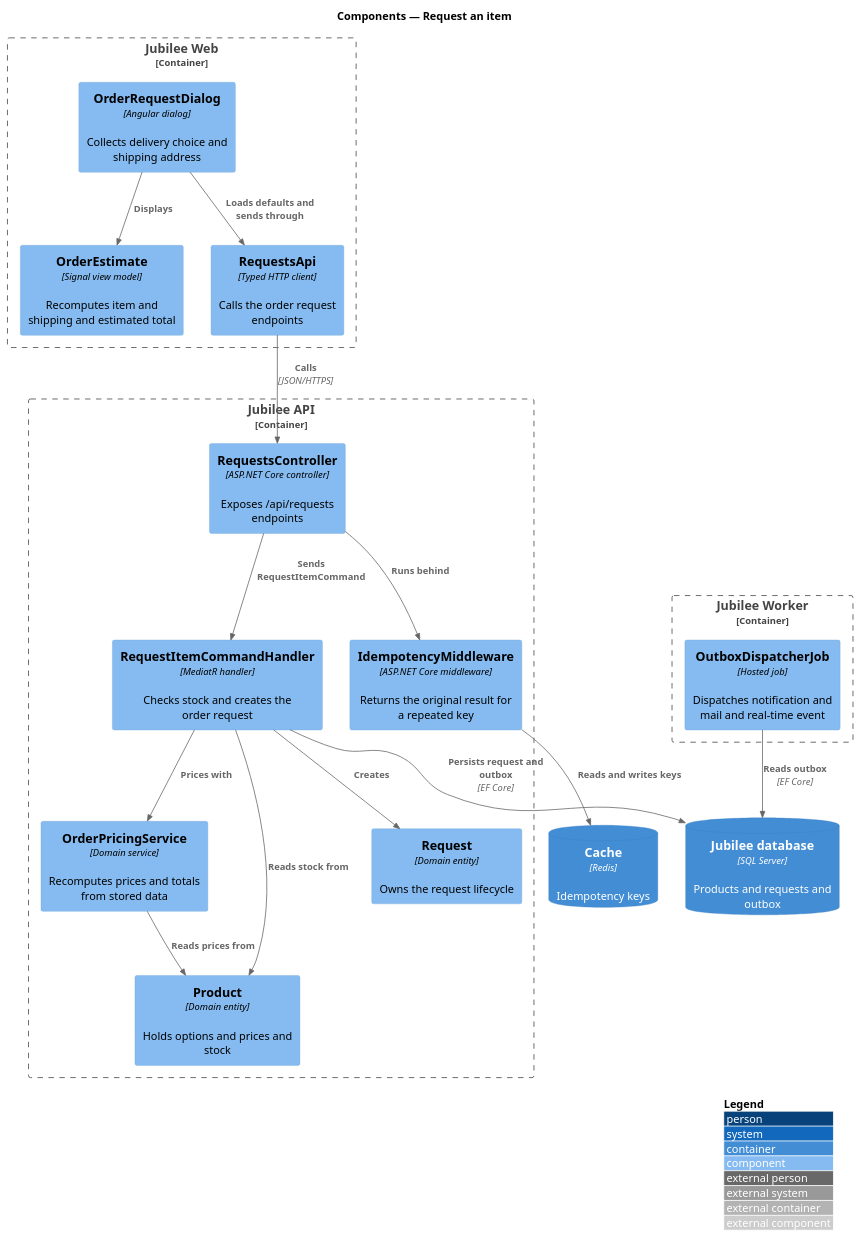
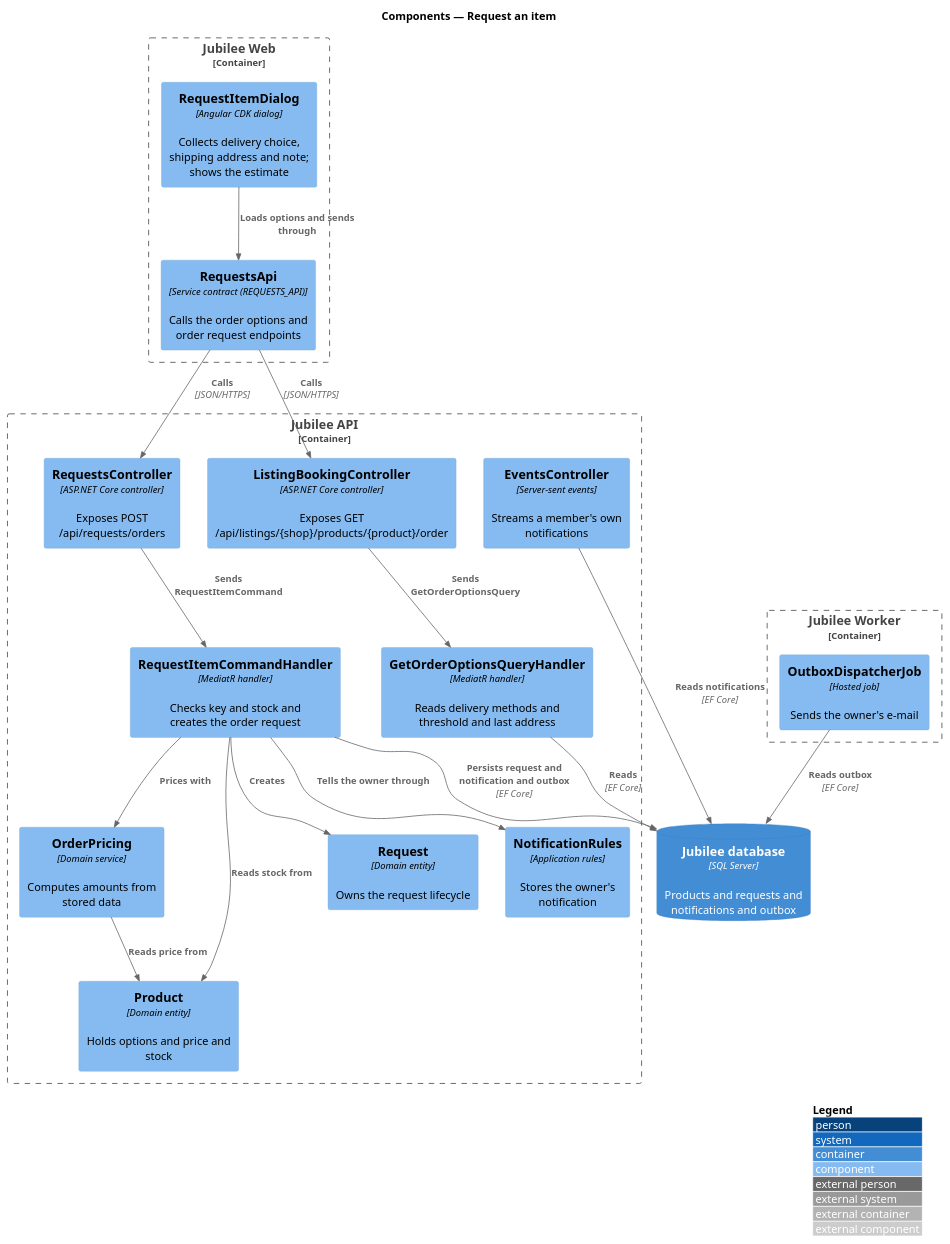
The diagram in docs/detailed-designs/requests/request-item/diagrams/c4-component.puml (QuinntyneBrown/jubilee), drawn with PlantUML before and after one commit. The commit also changed 12 other files, not shown here.

First line of the commit message:
Request a product: say who is told when an order is sent (L2-046 AC8) and bring the design in line with the code

```diff
--- a/docs/detailed-designs/requests/request-item/diagrams/c4-component.puml
+++ b/docs/detailed-designs/requests/request-item/diagrams/c4-component.puml
@@ -1,37 +1,40 @@
 @startuml
 !include <C4/C4_Component>
 LAYOUT_WITH_LEGEND()
 title Components — Request an item
 
 Container_Boundary(web, "Jubilee Web") {
-  Component(dialog, "OrderRequestDialog", "Angular dialog", "Collects delivery choice and shipping address")
-  Component(est, "OrderEstimate", "Signal view model", "Recomputes item and shipping and estimated total")
-  Component(client, "RequestsApi", "Typed HTTP client", "Calls the order request endpoints")
+  Component(dialog, "RequestItemDialog", "Angular CDK dialog", "Collects delivery choice, shipping address and note; shows the estimate")
+  Component(client, "RequestsApi", "Service contract (REQUESTS_API)", "Calls the order options and order request endpoints")
 }
 Container_Boundary(api, "Jubilee API") {
-  Component(ctrl, "RequestsController", "ASP.NET Core controller", "Exposes /api/requests endpoints")
-  Component(idem, "IdempotencyMiddleware", "ASP.NET Core middleware", "Returns the original result for a repeated key")
-  Component(handler, "RequestItemCommandHandler", "MediatR handler", "Checks stock and creates the order request")
-  Component(pricing, "OrderPricingService", "Domain service", "Recomputes prices and totals from stored data")
-  Component(product, "Product", "Domain entity", "Holds options and prices and stock")
+  Component(options, "ListingBookingController", "ASP.NET Core controller", "Exposes GET /api/listings/{shop}/products/{product}/order")
+  Component(ctrl, "RequestsController", "ASP.NET Core controller", "Exposes POST /api/requests/orders")
+  Component(query, "GetOrderOptionsQueryHandler", "MediatR handler", "Reads delivery methods and threshold and last address")
+  Component(handler, "RequestItemCommandHandler", "MediatR handler", "Checks key and stock and creates the order request")
+  Component(pricing, "OrderPricing", "Domain service", "Computes amounts from stored data")
+  Component(product, "Product", "Domain entity", "Holds options and price and stock")
   Component(entity, "Request", "Domain entity", "Owns the request lifecycle")
+  Component(tell, "NotificationRules", "Application rules", "Stores the owner's notification")
+  Component(events, "EventsController", "Server-sent events", "Streams a member's own notifications")
 }
 Container_Boundary(worker, "Jubilee Worker") {
-  Component(outbox, "OutboxDispatcherJob", "Hosted job", "Dispatches notification and mail and real-time event")
+  Component(outbox, "OutboxDispatcherJob", "Hosted job", "Sends the owner's e-mail")
 }
-ContainerDb(db, "Jubilee database", "SQL Server", "Products and requests and outbox")
-ContainerDb(cache, "Cache", "Redis", "Idempotency keys")
+ContainerDb(db, "Jubilee database", "SQL Server", "Products and requests and notifications and outbox")
 
-Rel(dialog, est, "Displays")
-Rel(dialog, client, "Loads defaults and sends through")
+Rel(dialog, client, "Loads options and sends through")
+Rel(client, options, "Calls", "JSON/HTTPS")
 Rel(client, ctrl, "Calls", "JSON/HTTPS")
-Rel(ctrl, idem, "Runs behind")
-Rel(idem, cache, "Reads and writes keys")
+Rel(options, query, "Sends GetOrderOptionsQuery")
 Rel(ctrl, handler, "Sends RequestItemCommand")
 Rel(handler, product, "Reads stock from")
 Rel(handler, pricing, "Prices with")
-Rel(pricing, product, "Reads prices from")
+Rel(pricing, product, "Reads price from")
 Rel(handler, entity, "Creates")
-Rel(handler, db, "Persists request and outbox", "EF Core")
+Rel(handler, tell, "Tells the owner through")
+Rel(handler, db, "Persists request and notification and outbox", "EF Core")
+Rel(query, db, "Reads", "EF Core")
+Rel(events, db, "Reads notifications", "EF Core")
 Rel(outbox, db, "Reads outbox", "EF Core")
 @enduml
```
